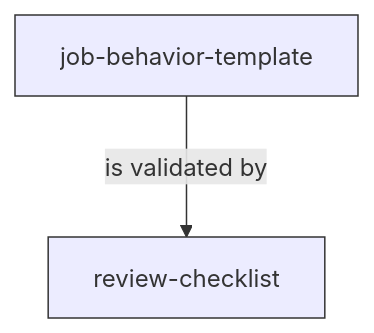
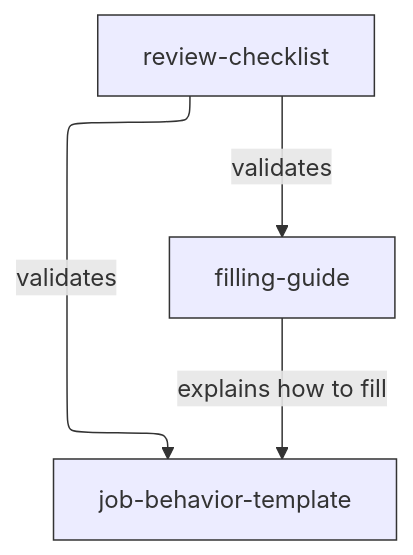
Before and after one commit to vrparthasarathy/migration-job-discovery: the diagram in job-behavior-template/README.md, drawn with Mermaid. The commit also changed other lines of this file and 6 other files, not shown here.

Commit message:
Revise Job Behavior Template.

````diff
--- a/job-behavior-template/README.md
+++ b/job-behavior-template/README.md
@@ -40,12 +38,15 @@
 ```mermaid
 ---
 config:
   layout: elk
 ---
 %%{init: {"securityLevel": "loose"}}%%
 flowchart TB
-  tmpl["job-behavior-template"]:::file -->|"is validated by"| chk["review-checklist"]:::file
+  guide["filling-guide"]:::file -->|"explains how to fill"| tmpl["job-behavior-template"]:::file
+  chk["review-checklist"]:::file -->|"validates"| tmpl
+  chk -->|"validates"| guide
+  click guide "filling-guide.md"
   click tmpl "job-behavior-template.md"
   click chk "review-checklist.md"
   classDef file stroke:#333
 ```
````
